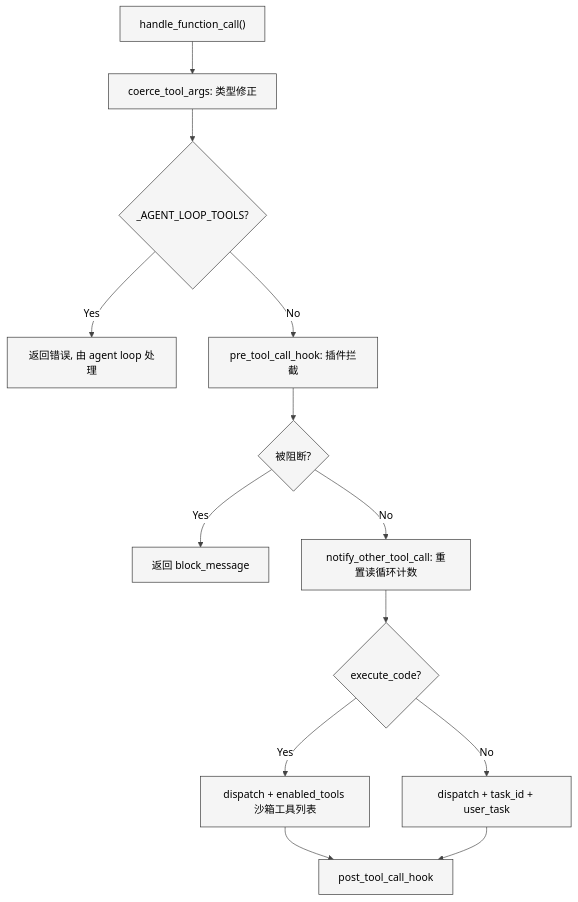
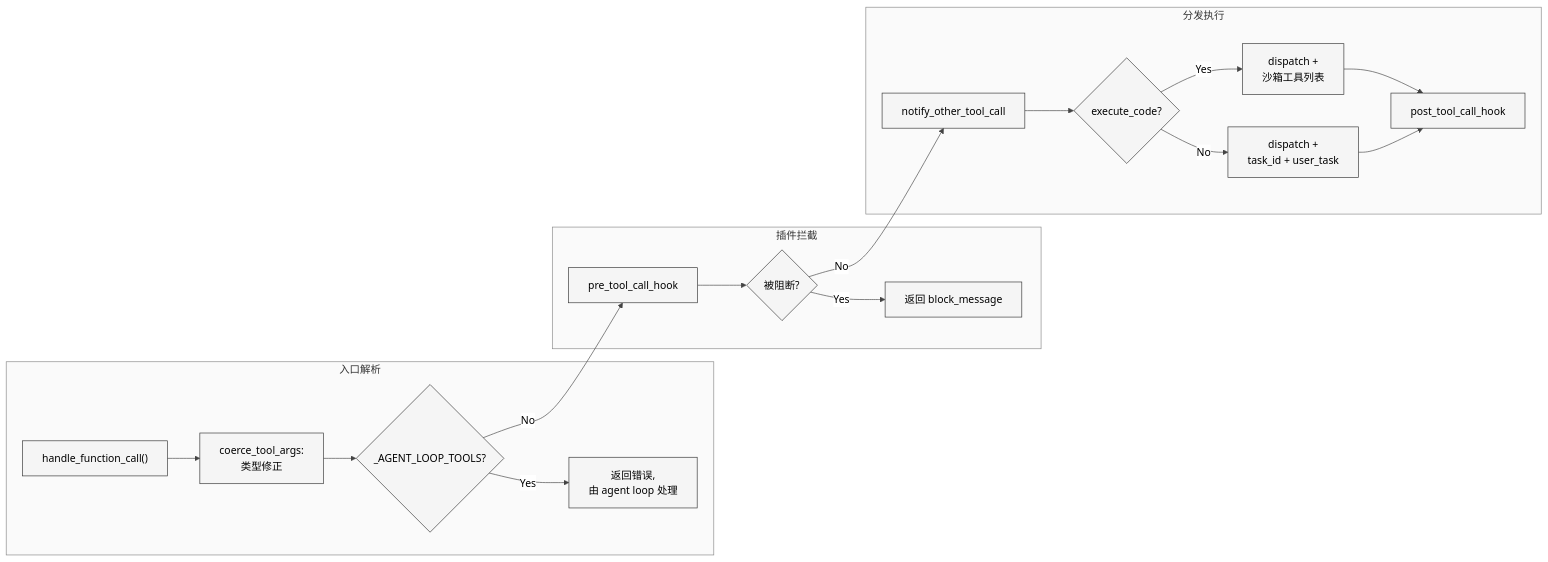
One commit to xiaonancs/hermes-agent-study changed the third of 3 diagrams in Part II 源码分析/14-工具系统总览.md. Above: the diagram before and after it, drawn with Mermaid. The commit also changed other lines of this file and 32 other files, not shown here.

First line of the commit message:
Mermaid 图表修复：白色背景板 + 长宽比优化

````diff
--- a/Part II 源码分析/14-工具系统总览.md
+++ b/Part II 源码分析/14-工具系统总览.md
@@ -165,16 +176,22 @@
 ```mermaid
 %%{init: {'theme': 'neutral', 'themeVariables': {'background': '#ffffff', 'primaryColor': '#f5f5f5', 'primaryTextColor': '#000000', 'primaryBorderColor': '#333333', 'lineColor': '#444444', 'textColor': '#000000', 'mainBkg': '#f5f5f5', 'nodeBorder': '#333333', 'clusterBkg': '#fafafa', 'clusterBorder': '#888888', 'edgeLabelBackground': '#ffffff'}}}%%
-flowchart TD
-    A["handle_function_call()"] --> B["coerce_tool_args: 类型修正"]
-    B --> C{"_AGENT_LOOP_TOOLS?"}
-    C -->|Yes| D["返回错误, 由 agent loop 处理"]
-    C -->|No| E["pre_tool_call_hook: 插件拦截"]
-    E --> F{"被阻断?"}
-    F -->|Yes| G["返回 block_message"]
-    F -->|No| H["notify_other_tool_call: 重置读循环计数"]
-    H --> I{"execute_code?"}
-    I -->|Yes| J["dispatch + enabled_tools 沙箱工具列表"]
-    I -->|No| K["dispatch + task_id + user_task"]
-    J --> L["post_tool_call_hook"]
-    K --> L
+flowchart LR
+    subgraph stage1 ["入口解析"]
+        A["handle_function_call()"] --> B["coerce_tool_args:<br/>类型修正"]
+        B --> C{"_AGENT_LOOP_TOOLS?"}
+        C -->|Yes| D["返回错误,<br/>由 agent loop 处理"]
+    end
+    subgraph stage2 ["插件拦截"]
+        C -->|No| E["pre_tool_call_hook"]
+        E --> F{"被阻断?"}
+        F -->|Yes| G["返回 block_message"]
+    end
+    subgraph stage3 ["分发执行"]
+        F -->|No| H["notify_other_tool_call"]
+        H --> I{"execute_code?"}
+        I -->|Yes| J["dispatch +<br/>沙箱工具列表"]
+        I -->|No| K["dispatch +<br/>task_id + user_task"]
+        J --> L["post_tool_call_hook"]
+        K --> L
+    end
 ```
````
